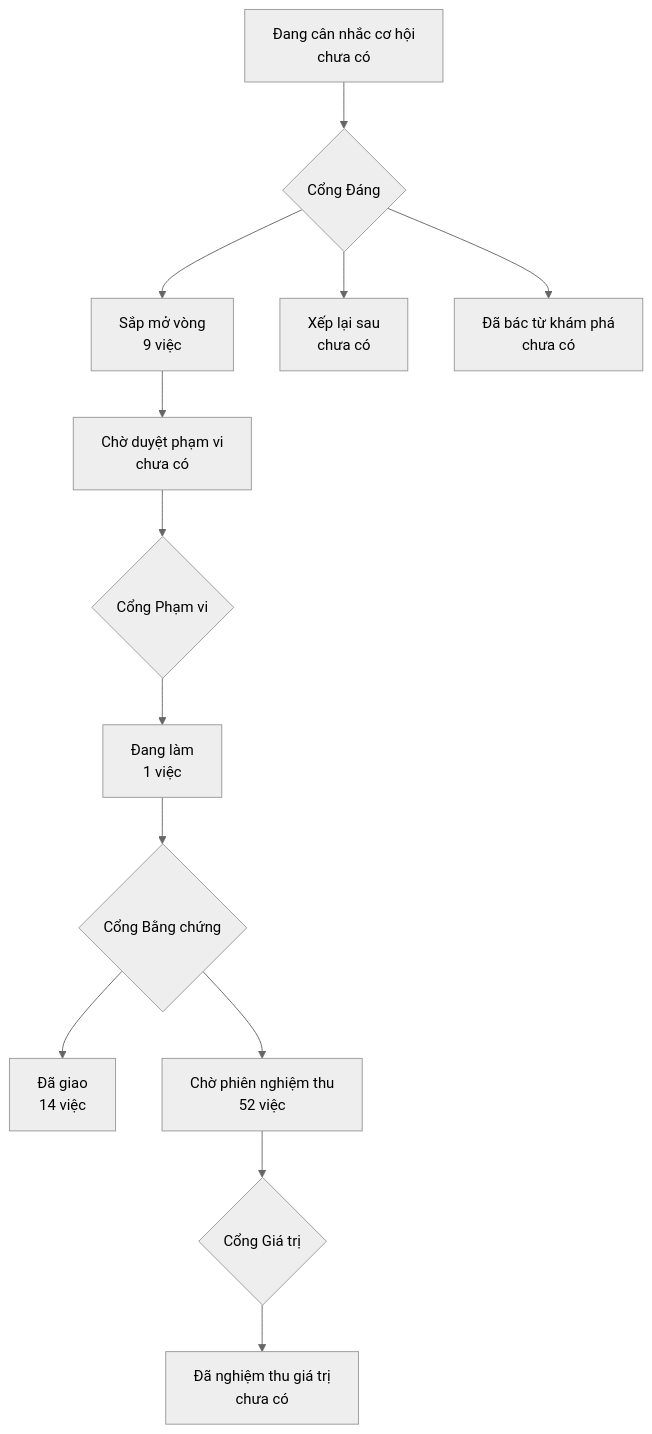
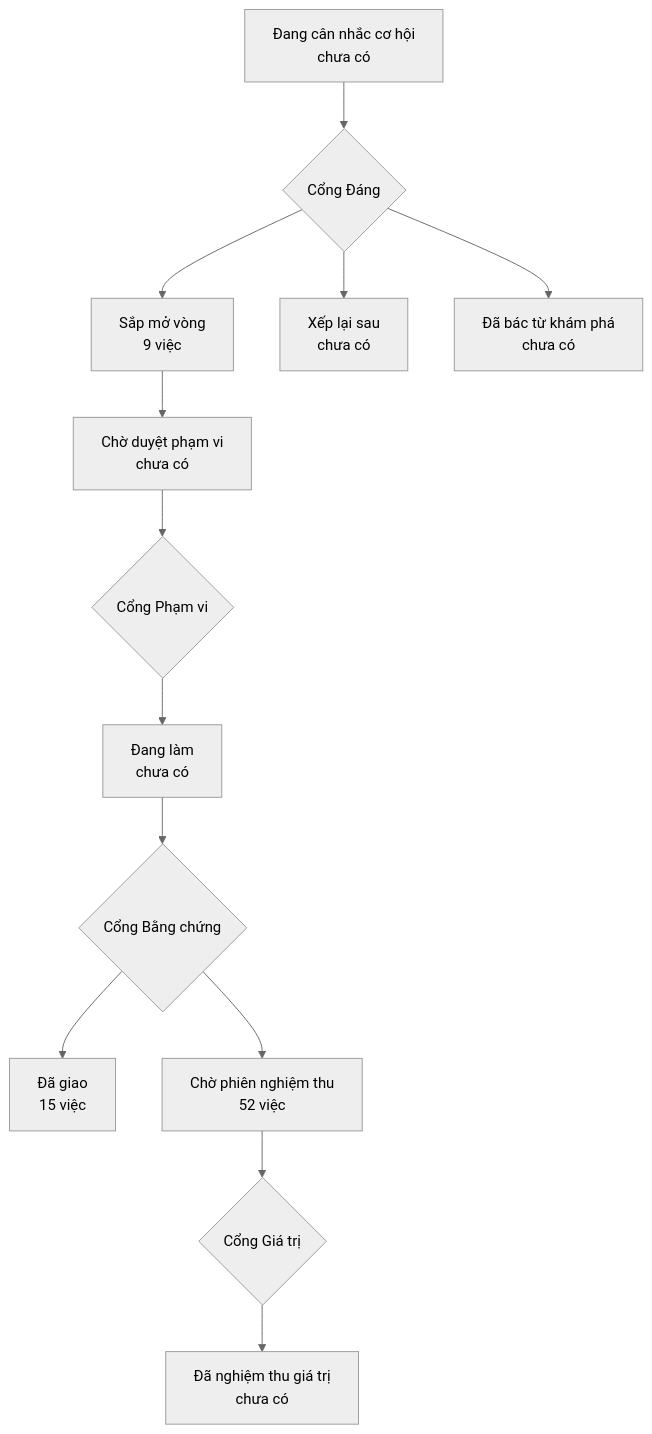
Before and after one commit to phanlemanh/onehub-inventory: the diagram in PRODUCT-MAP.md, drawn with Mermaid (neutral theme). The commit also changed other lines of this file and 10 other files, not shown here.

First line of the commit message:
docs(acceptance): round 1 of roadmap-merge-driver, PASS 9 of 9

````diff
--- a/PRODUCT-MAP.md
+++ b/PRODUCT-MAP.md
@@ -7,12 +7,12 @@
 ```mermaid
 flowchart TD
   A["Đang cân nhắc cơ hội<br/>chưa có"] --> GD{"Cổng Đáng"}
   GD --> B["Sắp mở vòng<br/>9 việc"]
   GD --> XL["Xếp lại sau<br/>chưa có"]
   GD --> DB["Đã bác từ khám phá<br/>chưa có"]
   B --> CD["Chờ duyệt phạm vi<br/>chưa có"] --> GP{"Cổng Phạm vi"}
-  GP --> DL["Đang làm<br/>1 việc"] --> GB{"Cổng Bằng chứng"}
-  GB --> DG["Đã giao<br/>14 việc"]
+  GP --> DL["Đang làm<br/>chưa có"] --> GB{"Cổng Bằng chứng"}
+  GB --> DG["Đã giao<br/>15 việc"]
   GB --> CN["Chờ phiên nghiệm thu<br/>52 việc"] --> GG{"Cổng Giá trị"}
   GG --> NT["Đã nghiệm thu giá trị<br/>chưa có"]
 ```
````
